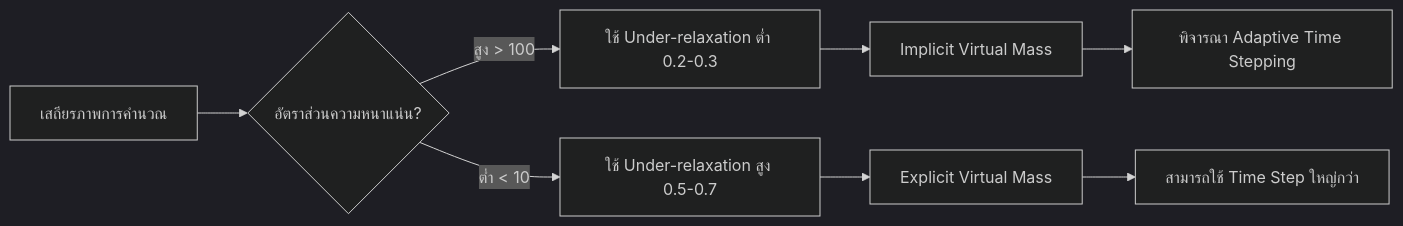
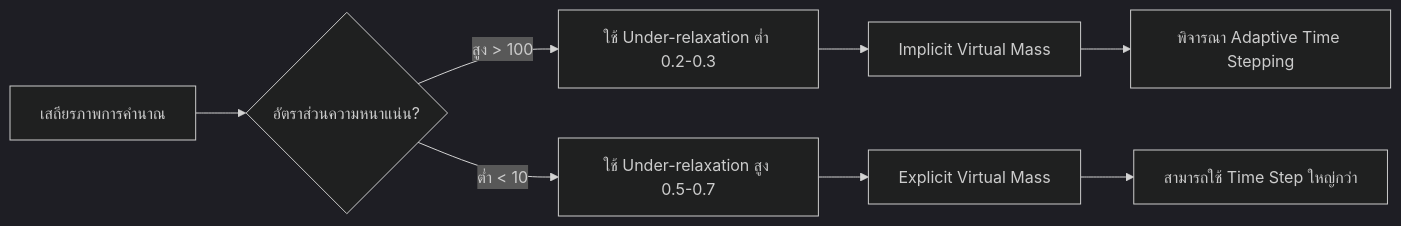
The fourth of 6 diagrams in MODULE_04_MULTIPHASE_FUNDAMENTALS/CONTENT/08_MODEL_SELECTION/05_Model_Selection_Flowchart.md (wramet/build-my-cfd), drawn with Mermaid (dark theme) before and after one commit. The commit also changed other lines of this file and 2996 other files, not shown here.

````diff
--- a/MODULE_04_MULTIPHASE_FUNDAMENTALS/CONTENT/08_MODEL_SELECTION/05_Model_Selection_Flowchart.md
+++ b/MODULE_04_MULTIPHASE_FUNDAMENTALS/CONTENT/08_MODEL_SELECTION/05_Model_Selection_Flowchart.md
@@ -388,12 +725,12 @@
 ```mermaid
 flowchart LR
-    A[เสถียรภาพการคำนวณ] --> B{อัตราส่วนความหนาแน่น?}
+    A[เสถียรภาพการคำนาณ] --> B{อัตราส่วนความหนาแน่น?}
     B -->|สูง > 100| C[ใช้ Under-relaxation ต่ำ 0.2-0.3]
     B -->|ต่ำ < 10| D[ใช้ Under-relaxation สูง 0.5-0.7]
 
     C --> E[Implicit Virtual Mass]
     D --> F[Explicit Virtual Mass]
 
     E --> G[พิจารณา Adaptive Time Stepping]
     F --> H[สามารถใช้ Time Step ใหญ่กว่า]
 ```
````
